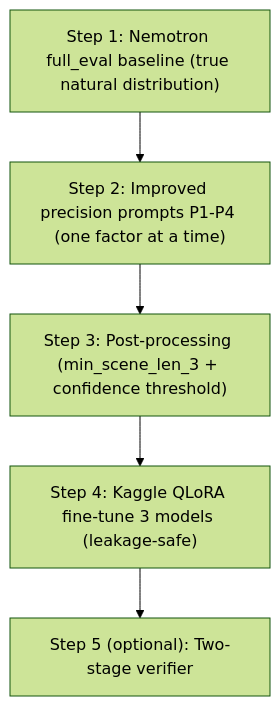
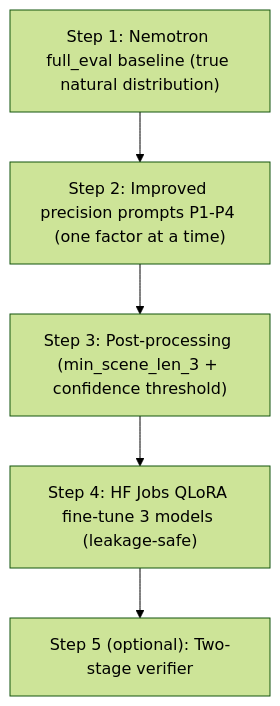
Before and after one commit to BakhturinaPolina/scene-segmentation-repro-lab: the diagram in docs/planning/F3_IMPROVEMENT_PLAN.md, drawn with Mermaid (forest theme). The commit also changed other lines of this file and 43 other files, not shown here.

````diff
--- a/docs/planning/F3_IMPROVEMENT_PLAN.md
+++ b/docs/planning/F3_IMPROVEMENT_PLAN.md
@@ -48,9 +49,9 @@
 ```mermaid
 flowchart TD
   baseline["Step 1: Nemotron full_eval baseline (true natural distribution)"]
   prompts["Step 2: Improved precision prompts P1-P4 (one factor at a time)"]
   postproc["Step 3: Post-processing (min_scene_len_3 + confidence threshold)"]
-  finetune["Step 4: Kaggle QLoRA fine-tune 3 models (leakage-safe)"]
+  finetune["Step 4: HF Jobs QLoRA fine-tune 3 models (leakage-safe)"]
   verify["Step 5 (optional): Two-stage verifier"]
   baseline --> prompts --> postproc --> finetune --> verify
 ```
````
